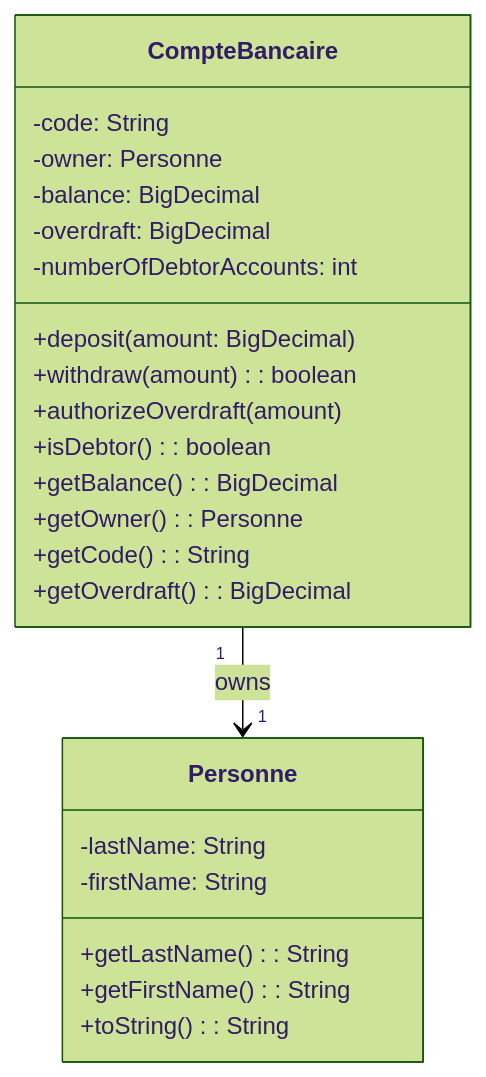
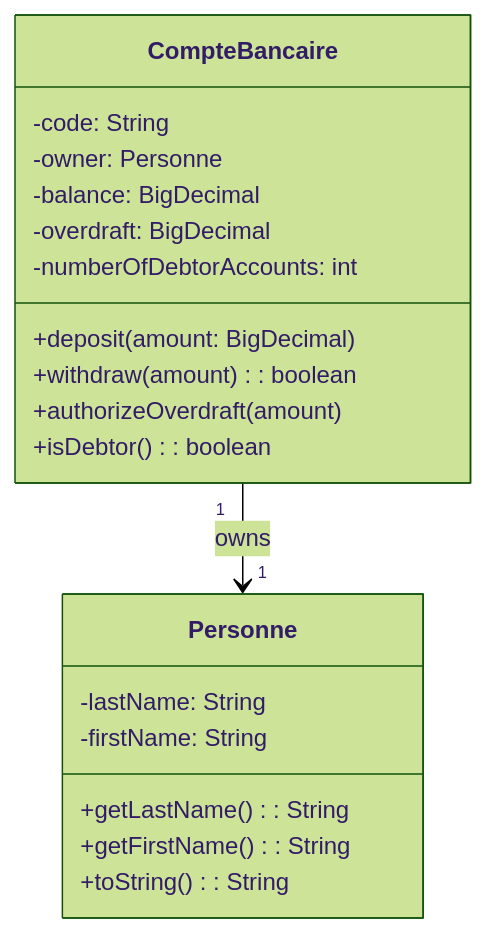
The third of 6 diagrams in README.md (Lagmouchyoussef/java-oop-bank-store---Simple-and-descriptive), drawn with Mermaid (forest theme) before and after one commit. The commit also changed other lines of this file, not shown here.

Commit message:
docs: Professional README with enhanced decorations, icons and mermaid diagrams

````diff
--- a/README.md
+++ b/README.md
@@ -364,28 +270,24 @@
 ```mermaid
 classDiagram
     class Personne {
         -lastName: String
         -firstName: String
         +getLastName(): String
         +getFirstName(): String
         +toString(): String
     }
     
     class CompteBancaire {
         -code: String
         -owner: Personne
         -balance: BigDecimal
         -overdraft: BigDecimal
         -numberOfDebtorAccounts: int
         +deposit(amount: BigDecimal)
         +withdraw(amount): boolean
         +authorizeOverdraft(amount)
         +isDebtor(): boolean
-        +getBalance(): BigDecimal
-        +getOwner(): Personne
-        +getCode(): String
-        +getOverdraft(): BigDecimal
     }
     
     CompteBancaire "1" --> "1" Personne : owns
 ```
````
